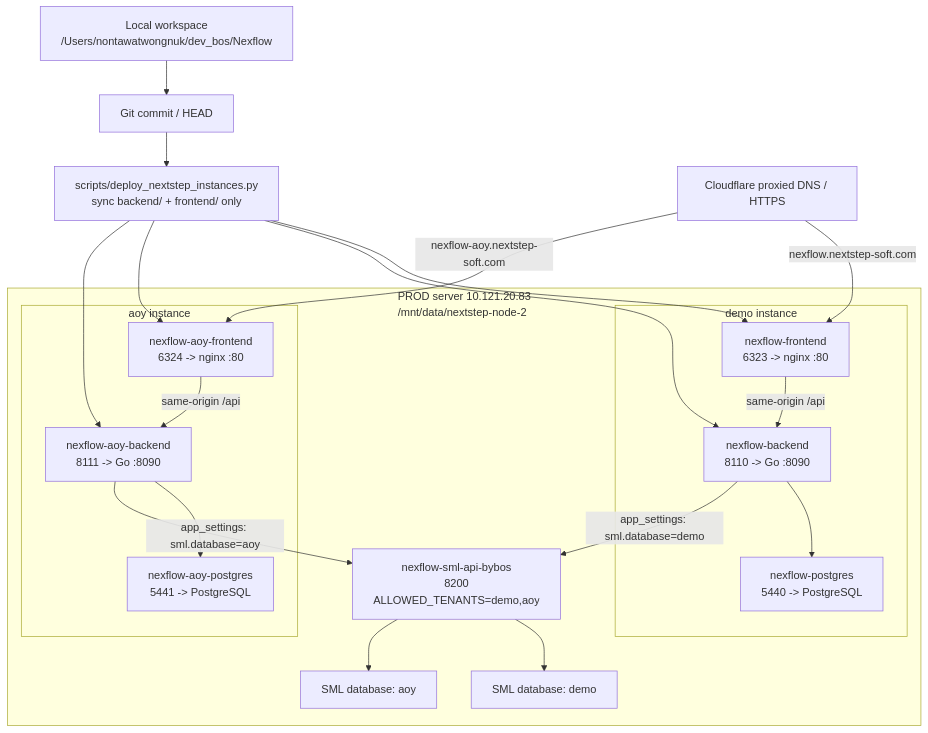
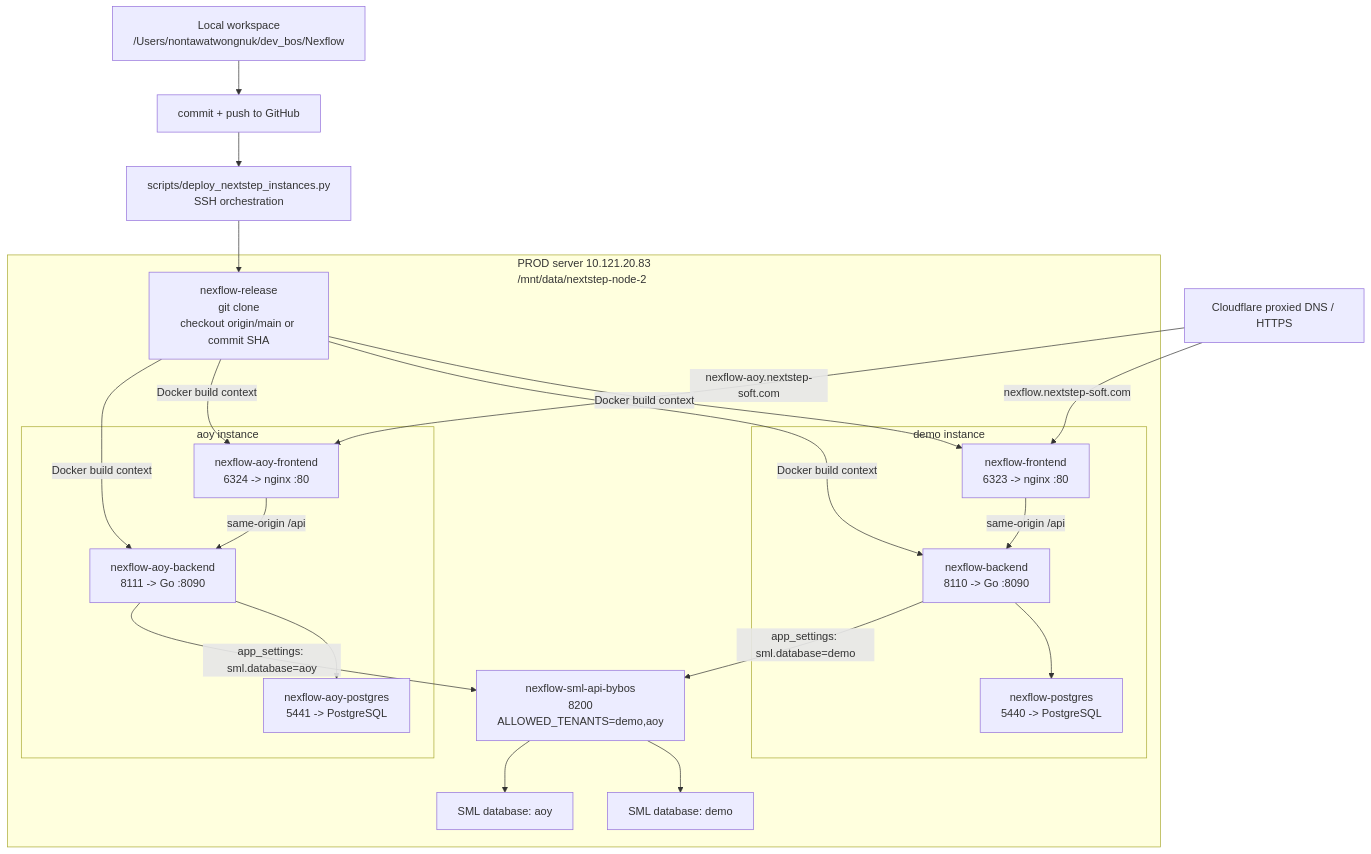
Before and after one commit to bosocmputer/Nexflow: the diagram in docs/nextstep-server-deploy-flow.md, drawn with Mermaid. The commit also changed other lines of this file and 2 other files, not shown here.

Commit message:
Switch NextStep deploy to server git clone

````diff
--- a/docs/nextstep-server-deploy-flow.md
+++ b/docs/nextstep-server-deploy-flow.md
@@ -29,44 +29,47 @@
 ```mermaid
 flowchart TB
   Dev["Local workspace<br/>/Users/nontawatwongnuk/dev_bos/Nexflow"]
-  Commit["Git commit / HEAD"]
-  Script["scripts/deploy_nextstep_instances.py<br/>sync backend/ + frontend/ only"]
+  Commit["commit + push to GitHub"]
+  Script["scripts/deploy_nextstep_instances.py<br/>SSH orchestration"]
 
   Dev --> Commit --> Script
 
   subgraph Server["PROD server 10.121.20.83<br/>/mnt/data/nextstep-node-2"]
+    Release["nexflow-release<br/>git clone<br/>checkout origin/main or commit SHA"]
+
     subgraph Demo["demo instance"]
       DemoFE["nexflow-frontend<br/>6323 -> nginx :80"]
       DemoBE["nexflow-backend<br/>8110 -> Go :8090"]
       DemoDB["nexflow-postgres<br/>5440 -> PostgreSQL"]
       DemoFE -->|"same-origin /api"| DemoBE
       DemoBE --> DemoDB
     end
 
     subgraph Aoy["aoy instance"]
       AoyFE["nexflow-aoy-frontend<br/>6324 -> nginx :80"]
       AoyBE["nexflow-aoy-backend<br/>8111 -> Go :8090"]
       AoyDB["nexflow-aoy-postgres<br/>5441 -> PostgreSQL"]
       AoyFE -->|"same-origin /api"| AoyBE
       AoyBE --> AoyDB
     end
 
     SMLAPI["nexflow-sml-api-bybos<br/>8200<br/>ALLOWED_TENANTS=demo,aoy"]
     SMLDemo["SML database: demo"]
     SMLAoy["SML database: aoy"]
 
     DemoBE -->|"app_settings: sml.database=demo"| SMLAPI
     AoyBE -->|"app_settings: sml.database=aoy"| SMLAPI
     SMLAPI --> SMLDemo
     SMLAPI --> SMLAoy
   end
 
   Cloudflare["Cloudflare proxied DNS / HTTPS"]
   Cloudflare -->|"nexflow.nextstep-soft.com"| DemoFE
   Cloudflare -->|"nexflow-aoy.nextstep-soft.com"| AoyFE
 
-  Script --> DemoFE
-  Script --> DemoBE
-  Script --> AoyFE
-  Script --> AoyBE
+  Script --> Release
+  Release -->|"Docker build context"| DemoFE
+  Release -->|"Docker build context"| DemoBE
+  Release -->|"Docker build context"| AoyFE
+  Release -->|"Docker build context"| AoyBE
 ```
````
